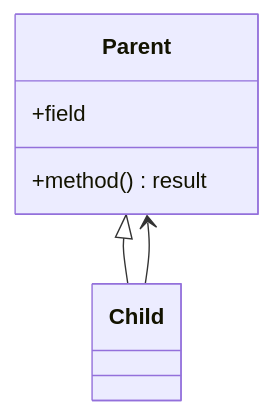
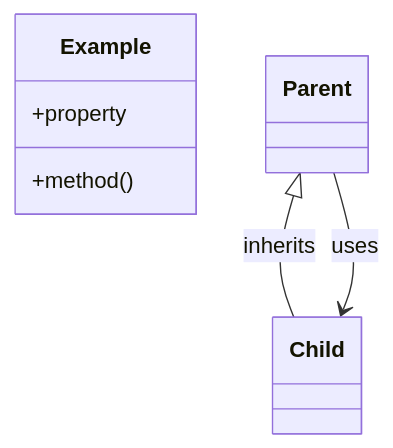
The second of 2 diagrams in docs/architecture/04-code.md (may-journal/Stratum-Observability), drawn with Mermaid before and after one commit. The commit also changed other lines of this file and 2 other files, not shown here.

Commit message:
docs(architecture): align the views with fitness-runner's own layout
Match the code legend, journey legend, captions, and the journey Type
column to fitness-runner's docs/architecture views, and refresh source
line anchors after the rebase.

````diff
--- a/docs/architecture/04-code.md
+++ b/docs/architecture/04-code.md
@@ -97,10 +97,11 @@
 ```mermaid
 classDiagram
-    class Parent {
-        +field
-        +method() result
+    class Example {
+        +property
+        +method()
     }
+    class Parent
     class Child
-    Parent <|-- Child
-    Child --> Parent
+    Parent <|-- Child : inherits
+    Parent --> Child : uses
 ```
````
